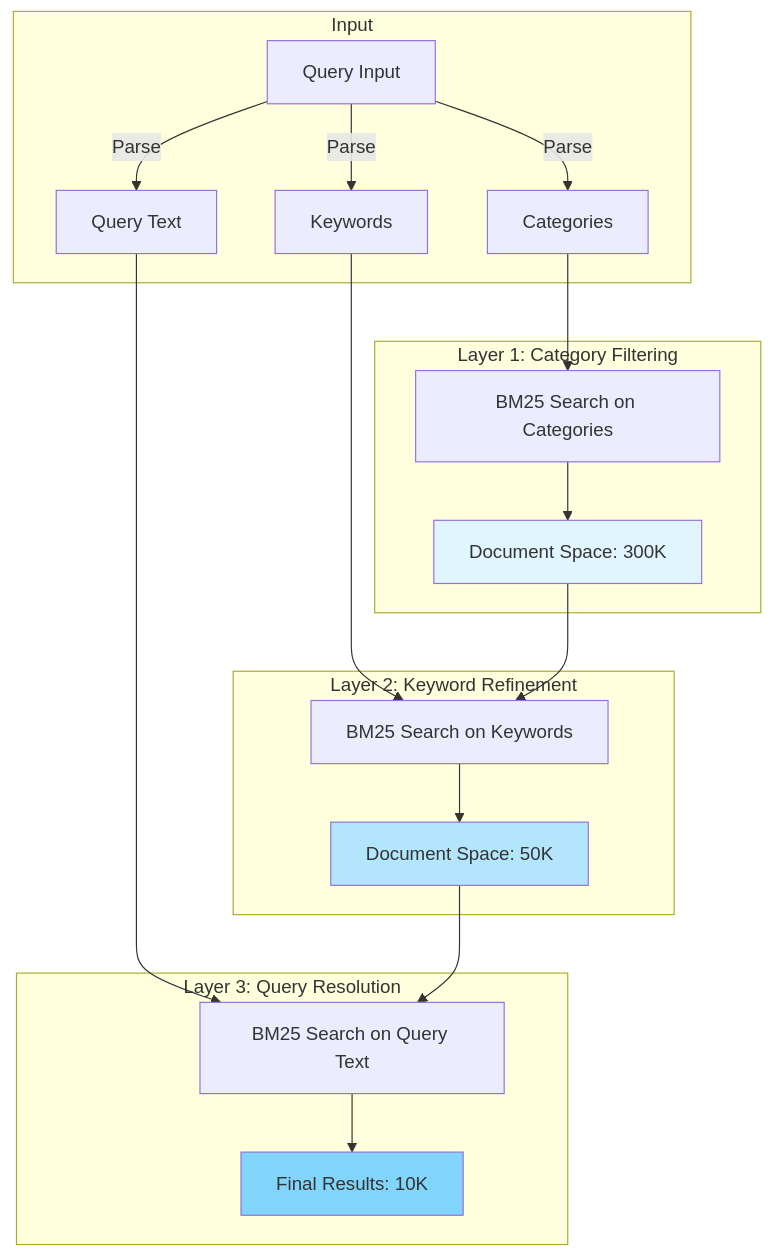
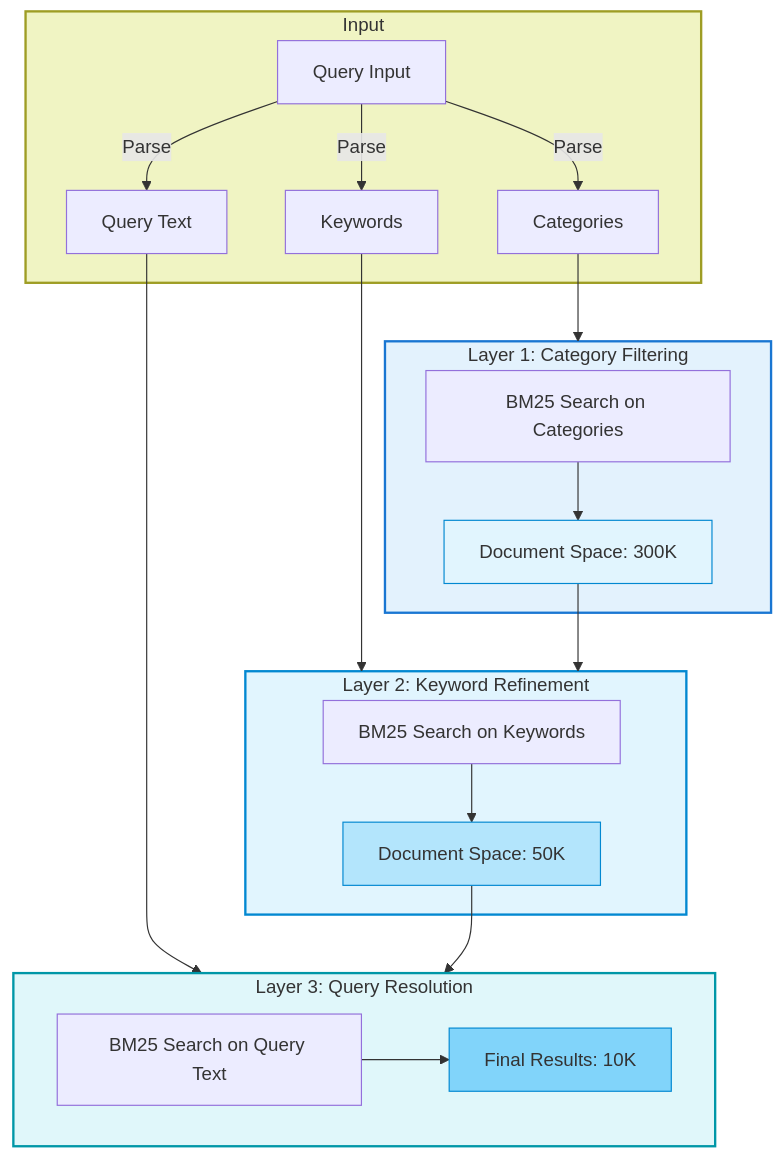
Before and after one commit to Shuvam-Banerji-Seal/my_mermaid_designs: the diagram in TREC_ToT/BM25_searher.mmd, drawn with Mermaid.

```diff
--- a/TREC_ToT/BM25_searher.mmd
+++ b/TREC_ToT/BM25_searher.mmd
@@ -1,34 +1,38 @@
 flowchart TB
     subgraph Input
         Q[Query Input]
         Q --> |Parse| Q1[Categories]
         Q --> |Parse| Q2[Keywords]
         Q --> |Parse| Q3[Query Text]
     end
 
-    subgraph "Layer 1: Category Filtering"
+    subgraph Layer1 ["Layer 1: Category Filtering"]
         L1[BM25 Search on Categories]
         DS1[Document Space: 300K]
-        Q1 --> L1
         L1 --> DS1
     end
+    Q1 --> Layer1
 
-    subgraph "Layer 2: Keyword Refinement"
+    subgraph Layer2 ["Layer 2: Keyword Refinement"]
         L2[BM25 Search on Keywords]
         DS2[Document Space: 50K]
-        Q2 --> L2
-        DS1 --> L2
         L2 --> DS2
     end
+    Q2 --> Layer2
+    DS1 --> Layer2
 
-    subgraph "Layer 3: Query Resolution"
+    subgraph Layer3 ["Layer 3: Query Resolution"]
         L3[BM25 Search on Query Text]
         DS3[Final Results: 10K]
-        Q3 --> L3
-        DS2 --> L3
         L3 --> DS3
     end
+    Q3 --> Layer3
+    DS2 --> Layer3
 
-    style DS1 fill:#e1f5fe
-    style DS2 fill:#b3e5fc
-    style DS3 fill:#81d4fa
+    style Input fill:#f0f4c3,stroke:#9e9d24,stroke-width:2px
+    style Layer1 fill:#e3f2fd,stroke:#1976d2,stroke-width:2px,padding:15px
+    style Layer2 fill:#e1f5fe,stroke:#0288d1,stroke-width:2px,padding:15px
+    style Layer3 fill:#e0f7fa,stroke:#0097a7,stroke-width:2px,padding:15px
+    style DS1 fill:#e1f5fe,stroke:#0288d1
+    style DS2 fill:#b3e5fc,stroke:#0288d1
+    style DS3 fill:#81d4fa,stroke:#0288d1
```
